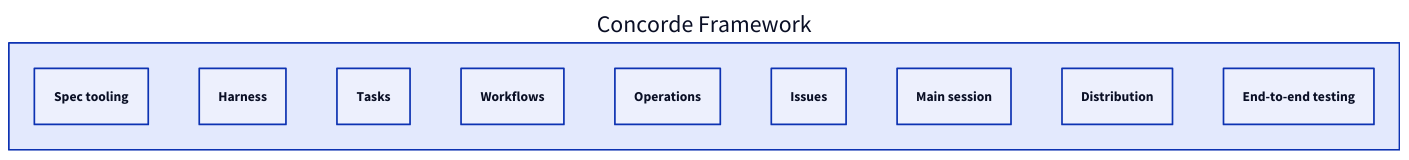
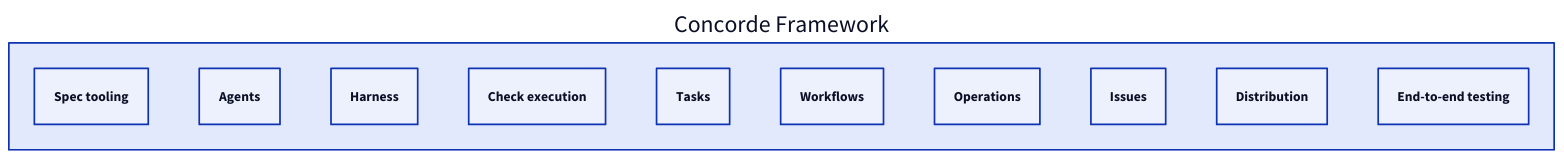
The second of 2 diagrams in specs/concorde/module.md (FTOD/concorde), drawn with D2 before and after one commit. The commit also changed other lines of this file and 81 other files, not shown here.

````diff
--- a/specs/concorde/module.md
+++ b/specs/concorde/module.md
@@ -167,13 +184,14 @@
 ```d2
 root: Concorde Framework {
   spectooling: Spec tooling
+  agents: Agents
   harness: Harness
+  checks: Check execution
   tasks: Tasks
   workflows: Workflows
   operations: Operations
   issues: Issues
-  mainsession: Main session
   distribution: Distribution
   e2e: End-to-end testing
 }
 ```
````
